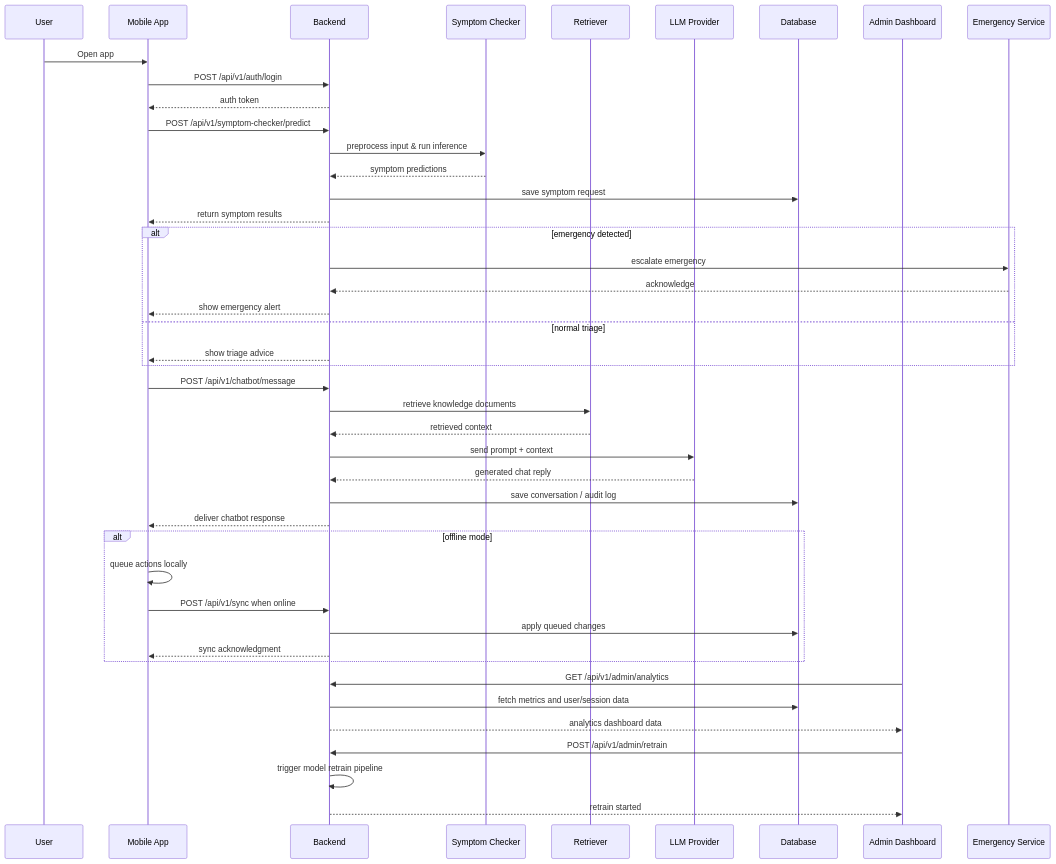
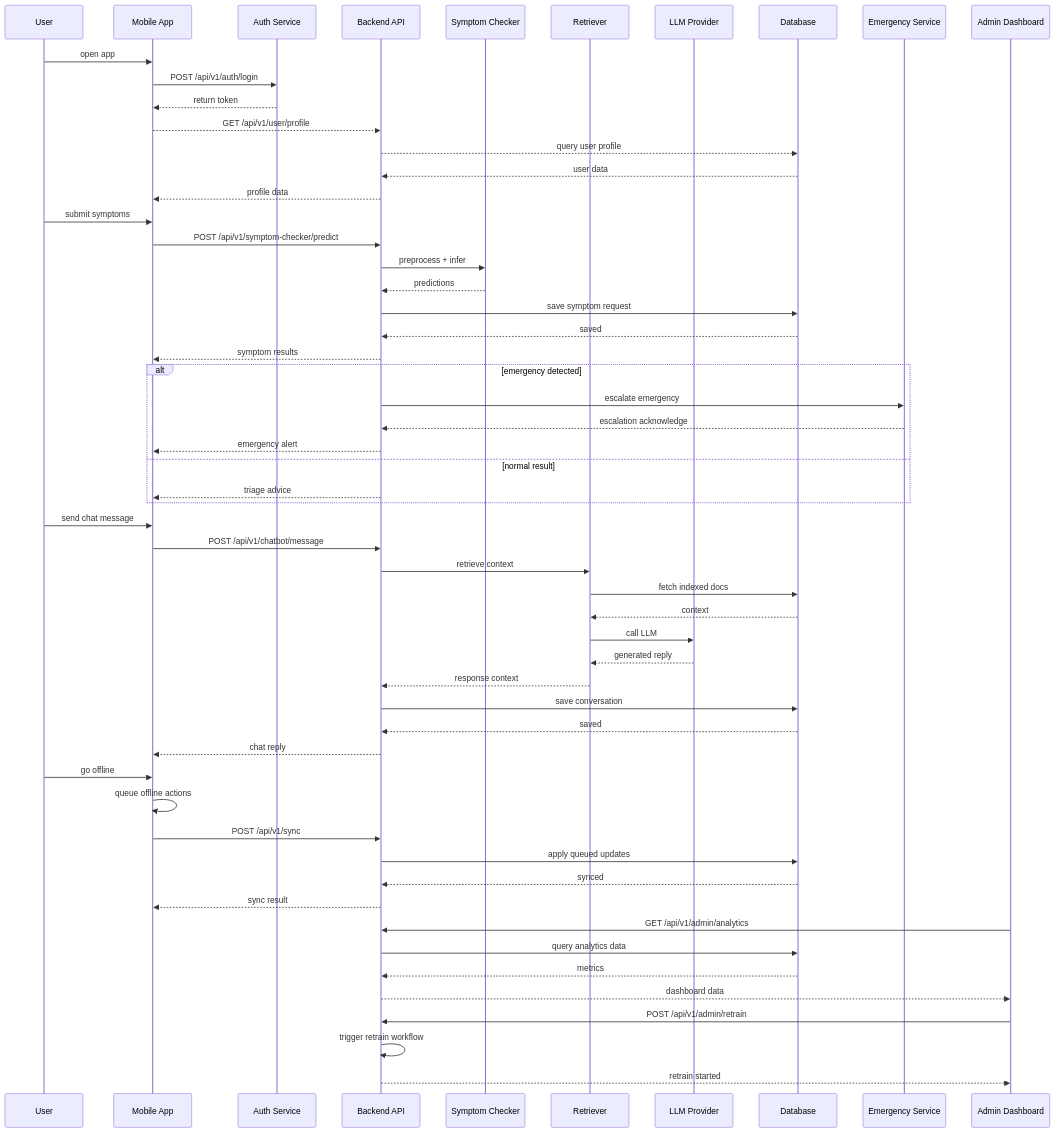
One commit to SKS-650/AI-Healthcare-Assistant-for-Rular-Areas changed the diagram in readme/SequenceDiagram.md. Above: the diagram before and after it, drawn with Mermaid. The commit also changed other lines of this file, not shown here.

Commit message:
sequence diagram is updated

````diff
--- a/readme/SequenceDiagram.md
+++ b/readme/SequenceDiagram.md
@@ -5,52 +5,65 @@
 ```mermaid
 sequenceDiagram
-    participant U as User
-    participant M as Mobile App
-    participant B as Backend
-    participant S as Symptom Checker
-    participant R as Retriever
-    participant L as LLM Provider
-    participant D as Database
-    participant A as Admin Dashboard
-    participant E as Emergency Service
+    participant User
+    participant MobileApp as Mobile App
+    participant AuthService as Auth Service
+    participant Backend as Backend API
+    participant SymptomService as Symptom Checker
+    participant Retriever as Retriever
+    participant LLM as LLM Provider
+    participant Database as Database
+    participant EmergencyService as Emergency Service
+    participant AdminDashboard as Admin Dashboard
 
-    U->>M: Open app
-    M->>B: POST /api/v1/auth/login
-    B-->>M: auth token
-    M->>B: POST /api/v1/symptom-checker/predict
-    B->>S: preprocess input & run inference
-    S-->>B: symptom predictions
-    B->>D: save symptom request
-    B-->>M: return symptom results
+    User->>MobileApp: open app
+    MobileApp->>AuthService: POST /api/v1/auth/login
+    AuthService-->>MobileApp: return token
+    MobileApp-->>Backend: GET /api/v1/user/profile
+    Backend-->>Database: query user profile
+    Database-->>Backend: user data
+    Backend-->>MobileApp: profile data
+
+    User->>MobileApp: submit symptoms
+    MobileApp->>Backend: POST /api/v1/symptom-checker/predict
+    Backend->>SymptomService: preprocess + infer
+    SymptomService-->>Backend: predictions
+    Backend->>Database: save symptom request
+    Database-->>Backend: saved
+    Backend-->>MobileApp: symptom results
 
     alt emergency detected
-        B->>E: escalate emergency
-        E-->>B: acknowledge
-        B-->>M: show emergency alert
-    else normal triage
-        B-->>M: show triage advice
+        Backend->>EmergencyService: escalate emergency
+        EmergencyService-->>Backend: escalation acknowledge
+        Backend-->>MobileApp: emergency alert
+    else normal result
+        Backend-->>MobileApp: triage advice
     end
 
-    M->>B: POST /api/v1/chatbot/message
-    B->>R: retrieve knowledge documents
-    R-->>B: retrieved context
-    B->>L: send prompt + context
-    L-->>B: generated chat reply
-    B->>D: save conversation / audit log
-    B-->>M: deliver chatbot response
+    User->>MobileApp: send chat message
+    MobileApp->>Backend: POST /api/v1/chatbot/message
+    Backend->>Retriever: retrieve context
+    Retriever->>Database: fetch indexed docs
+    Database-->>Retriever: context
+    Retriever->>LLM: call LLM
+    LLM-->>Retriever: generated reply
+    Retriever-->>Backend: response context
+    Backend->>Database: save conversation
+    Database-->>Backend: saved
+    Backend-->>MobileApp: chat reply
 
-    alt offline mode
-        M->>M: queue actions locally
-        M->>B: POST /api/v1/sync when online
-        B->>D: apply queued changes
-        B-->>M: sync acknowledgment
-    end
+    User->>MobileApp: go offline
+    MobileApp->>MobileApp: queue offline actions
+    MobileApp->>Backend: POST /api/v1/sync
+    Backend->>Database: apply queued updates
+    Database-->>Backend: synced
+    Backend-->>MobileApp: sync result
 
-    A->>B: GET /api/v1/admin/analytics
-    B->>D: fetch metrics and user/session data
-    B-->>A: analytics dashboard data
+    AdminDashboard->>Backend: GET /api/v1/admin/analytics
+    Backend->>Database: query analytics data
+    Database-->>Backend: metrics
+    Backend-->>AdminDashboard: dashboard data
 
-    A->>B: POST /api/v1/admin/retrain
-    B->>B: trigger model retrain pipeline
-    B-->>A: retrain started
+    AdminDashboard->>Backend: POST /api/v1/admin/retrain
+    Backend->>Backend: trigger retrain workflow
+    Backend-->>AdminDashboard: retrain started
 ```
````
